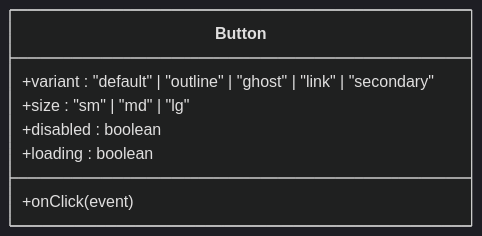
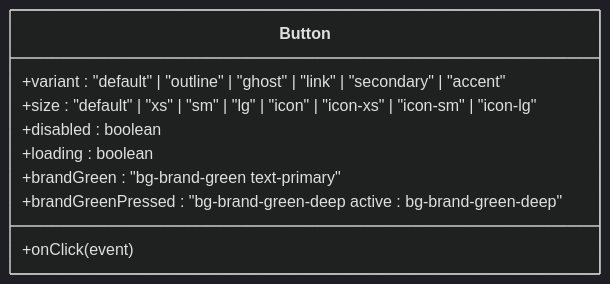
One commit to userisaziz/samaa-ai changed the third of 18 diagrams in .qoder/repowiki/en/content/Frontend Application/UI Component Library & Design System.md. Above: the diagram before and after it, drawn with Mermaid (dark theme). The commit also changed other lines of this file and 108 other files, not shown here.

````diff
--- a/.qoder/repowiki/en/content/Frontend Application/UI Component Library & Design System.md
+++ b/.qoder/repowiki/en/content/Frontend Application/UI Component Library & Design System.md
@@ -234,10 +441,12 @@
 ```mermaid
 classDiagram
 class Button {
-+variant : "default" | "outline" | "ghost" | "link" | "secondary"
-+size : "sm" | "md" | "lg"
++variant : "default" | "outline" | "ghost" | "link" | "secondary" | "accent"
++size : "default" | "xs" | "sm" | "lg" | "icon" | "icon-xs" | "icon-sm" | "icon-lg"
 +disabled : boolean
 +loading : boolean
 +onClick(event)
++brandGreen : "bg-brand-green text-primary"
++brandGreenPressed : "bg-brand-green-deep active : bg-brand-green-deep"
 }
 ```
````
